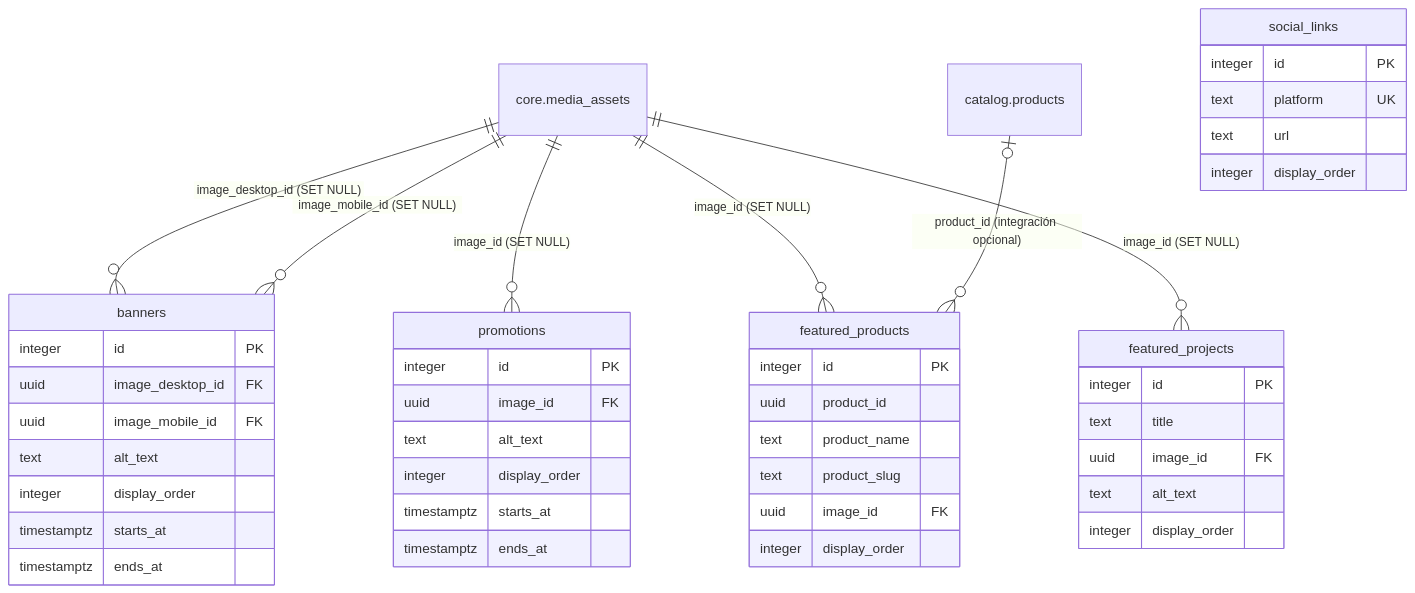
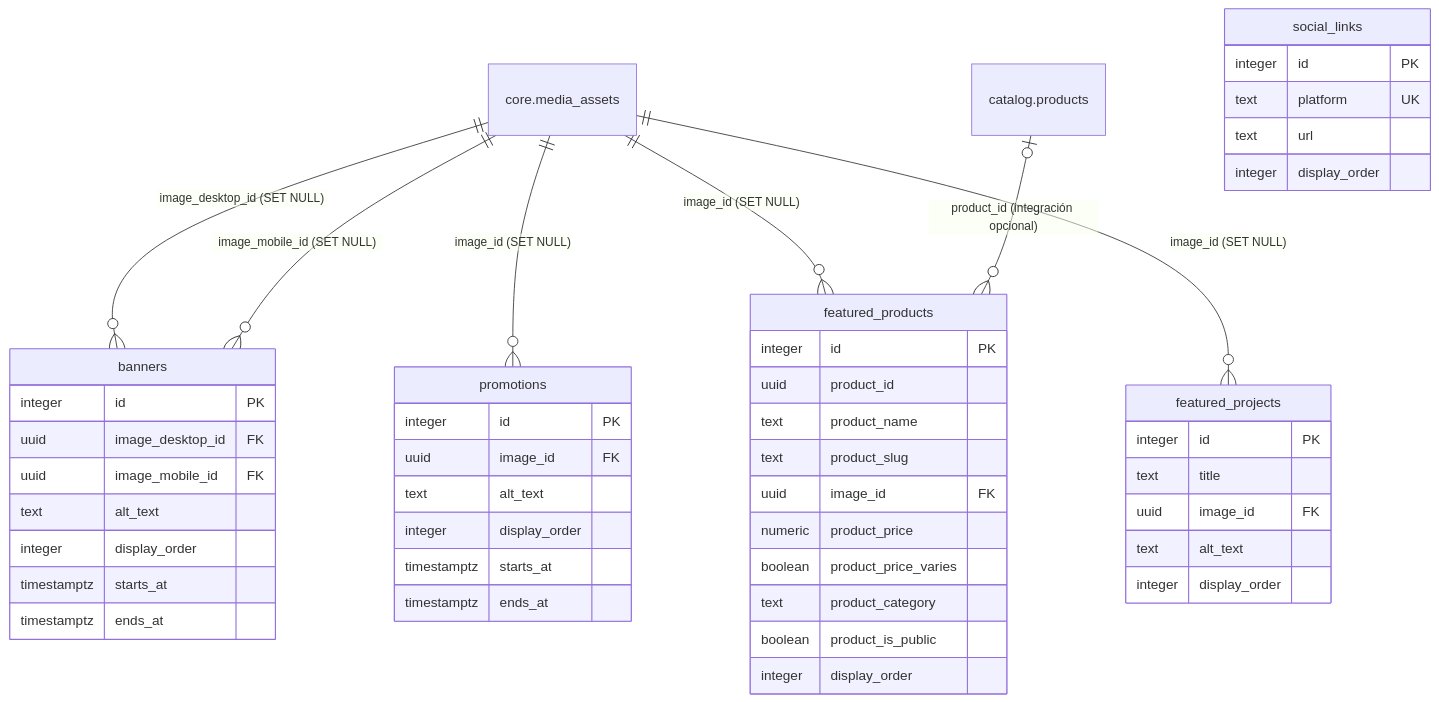
Before and after one commit to JP-777/SILLAR: the diagram in docs/modules/cms/DATOS.md, drawn with Mermaid. The commit also changed other lines of this file and 13 other files, not shown here.

````diff
--- a/docs/modules/cms/DATOS.md
+++ b/docs/modules/cms/DATOS.md
@@ -114,48 +118,52 @@
 ```mermaid
 erDiagram
     "core.media_assets" ||--o{ banners : "image_desktop_id (SET NULL)"
     "core.media_assets" ||--o{ banners : "image_mobile_id (SET NULL)"
     "core.media_assets" ||--o{ promotions : "image_id (SET NULL)"
     "core.media_assets" ||--o{ featured_products : "image_id (SET NULL)"
     "core.media_assets" ||--o{ featured_projects : "image_id (SET NULL)"
     "catalog.products" o|--o{ featured_products : "product_id (integración opcional)"
 
     banners {
         integer id PK
         uuid image_desktop_id FK
         uuid image_mobile_id FK
         text alt_text
         integer display_order
         timestamptz starts_at
         timestamptz ends_at
     }
     promotions {
         integer id PK
         uuid image_id FK
         text alt_text
         integer display_order
         timestamptz starts_at
         timestamptz ends_at
     }
     featured_products {
         integer id PK
         uuid product_id
         text product_name
         text product_slug
         uuid image_id FK
+        numeric product_price
+        boolean product_price_varies
+        text product_category
+        boolean product_is_public
         integer display_order
     }
     featured_projects {
         integer id PK
         text title
         uuid image_id FK
         text alt_text
         integer display_order
     }
     social_links {
         integer id PK
         text platform UK
         text url
         integer display_order
     }
 ```
````
